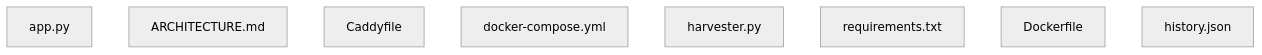
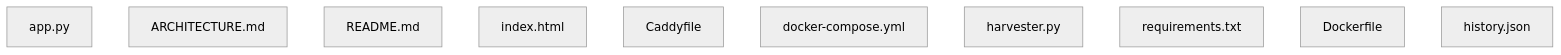
One commit to laurentftech/NoteCast changed the diagram in .spec-gen/analysis/dependencies.mermaid. Above: the diagram before and after it, drawn with Mermaid (neutral theme). The commit also changed 19 other files, not shown here.

Commit message:
Fix data volume mount in docker-compose; refresh spec-gen analysis

````diff
--- a/.spec-gen/analysis/dependencies.mermaid
+++ b/.spec-gen/analysis/dependencies.mermaid
@@ -1,11 +1,13 @@
 ```mermaid
 graph TD
     N0["app.py"]
     N1["ARCHITECTURE.md"]
-    N2["Caddyfile"]
-    N3["docker-compose.yml"]
-    N4["harvester.py"]
-    N5["requirements.txt"]
-    N6["Dockerfile"]
-    N7["history.json"]
+    N2["README.md"]
+    N3["index.html"]
+    N4["Caddyfile"]
+    N5["docker-compose.yml"]
+    N6["harvester.py"]
+    N7["requirements.txt"]
+    N8["Dockerfile"]
+    N9["history.json"]
 ```
````
